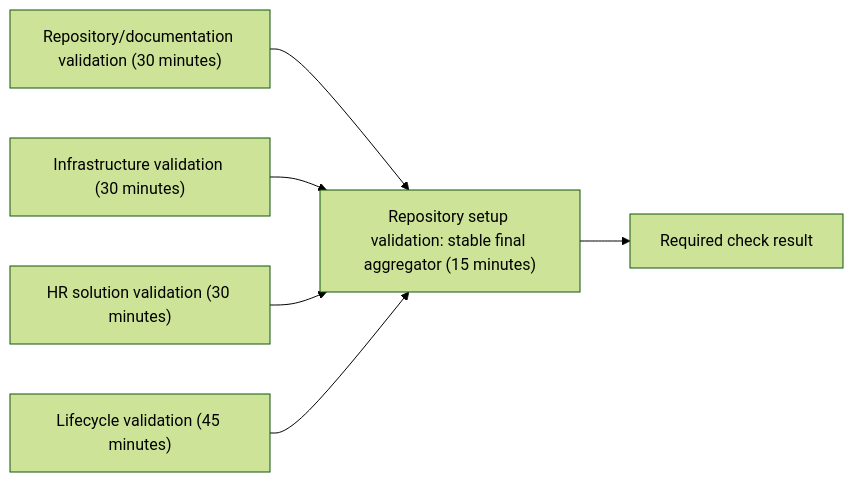
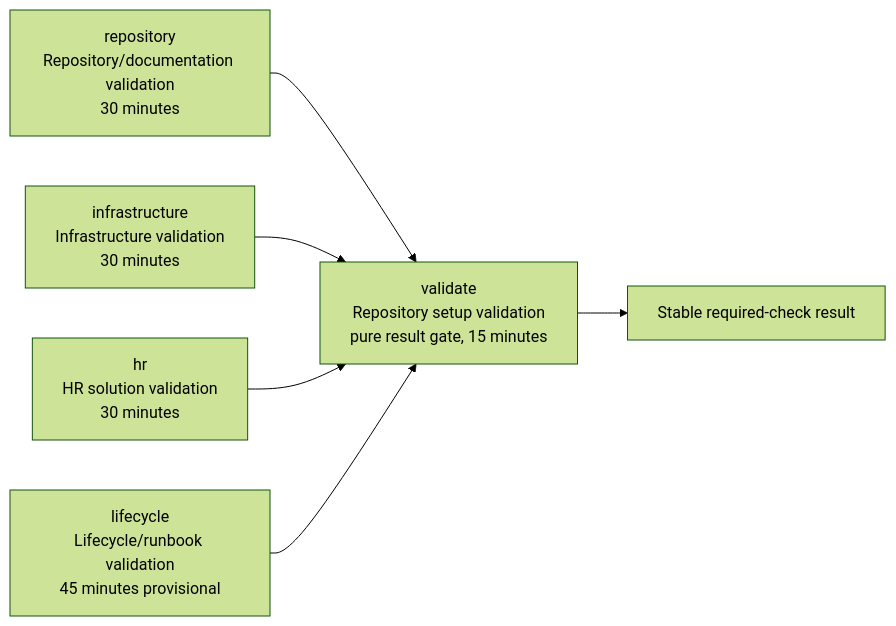
One commit to urruegg/caldova-hr-frontier changed the diagram in docs/specs/2026-10-22-parallel-repository-validation-design.md. Above: the diagram before and after it, drawn with Mermaid (forest theme). The commit also changed other lines of this file and 1 other file, not shown here.

Commit message:
docs(ci): challenge parallel validation design

````diff
--- a/docs/specs/2026-10-22-parallel-repository-validation-design.md
+++ b/docs/specs/2026-10-22-parallel-repository-validation-design.md
@@ -46,8 +82,8 @@
 ```mermaid
 flowchart LR
-    R["Repository/documentation validation (30 minutes)"] --> A["Repository setup validation: stable final aggregator (15 minutes)"]
-    I["Infrastructure validation (30 minutes)"] --> A
-    H["HR solution validation (30 minutes)"] --> A
-    L["Lifecycle validation (45 minutes)"] --> A
-    A --> C["Required check result"]
+    R["repository<br/>Repository/documentation validation<br/>30 minutes"] --> V["validate<br/>Repository setup validation<br/>pure result gate, 15 minutes"]
+    I["infrastructure<br/>Infrastructure validation<br/>30 minutes"] --> V
+    H["hr<br/>HR solution validation<br/>30 minutes"] --> V
+    L["lifecycle<br/>Lifecycle/runbook validation<br/>45 minutes provisional"] --> V
+    V --> C["Stable required-check result"]
 ```
````
